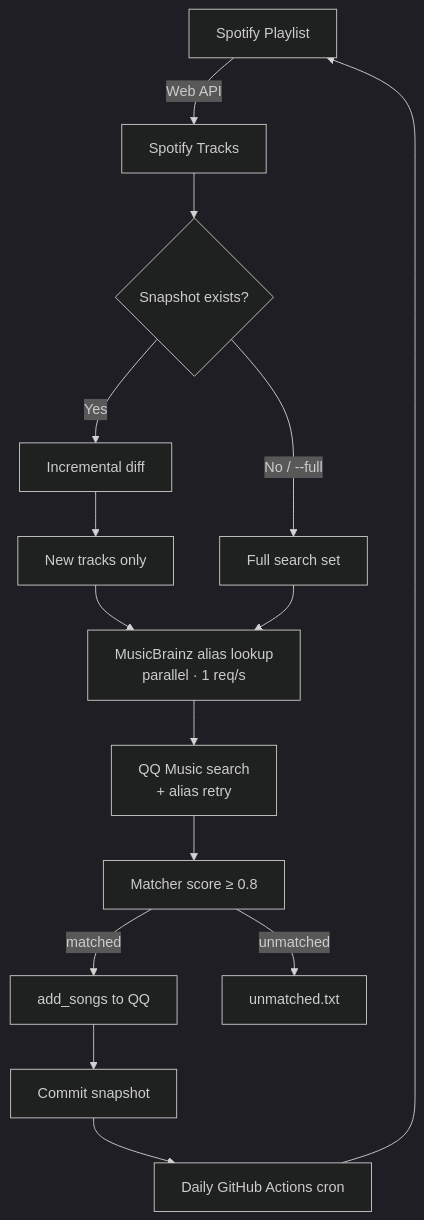
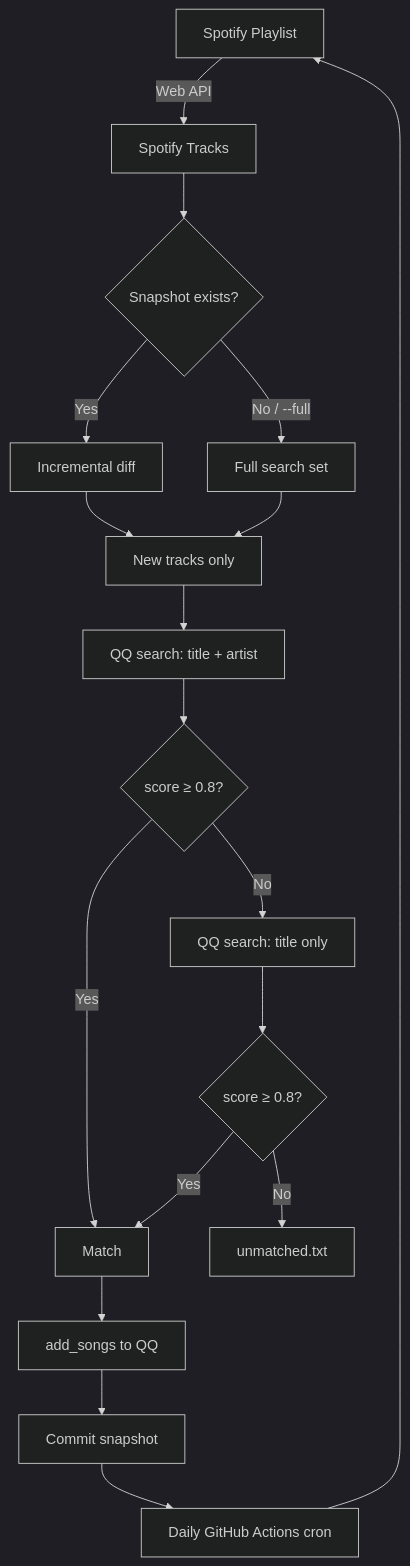
Before and after one commit to jiaweizhang1995/spotify-sync-qqmusic: the diagram in README.md, drawn with Mermaid (dark theme). The commit also changed other lines of this file, not shown here.

First line of the commit message:
README: update flow diagram + doc for title-only fallback

````diff
--- a/README.md
+++ b/README.md
@@ -8,17 +8,20 @@
 ```mermaid
 flowchart TD
     A[Spotify Playlist] -->|Web API| B[Spotify Tracks]
     B --> C{Snapshot exists?}
     C -->|Yes| D[Incremental diff]
     C -->|No / --full| E[Full search set]
     D --> F[New tracks only]
-    F --> G[MusicBrainz alias lookup<br/>parallel · 1 req/s]
-    E --> G
-    G --> H[QQ Music search<br/>+ alias retry]
-    H --> I[Matcher score ≥ 0.8]
-    I -->|matched| J[add_songs to QQ]
-    I -->|unmatched| K[unmatched.txt]
-    J --> L[Commit snapshot]
-    L --> M[Daily GitHub Actions cron]
-    M --> A
+    E --> F
+    F --> G[QQ search: title + artist]
+    G --> H{score ≥ 0.8?}
+    H -->|Yes| J[Match]
+    H -->|No| I[QQ search: title only]
+    I --> K{score ≥ 0.8?}
+    K -->|Yes| J
+    K -->|No| L[unmatched.txt]
+    J --> M[add_songs to QQ]
+    M --> N[Commit snapshot]
+    N --> O[Daily GitHub Actions cron]
+    O --> A
 ```
````
